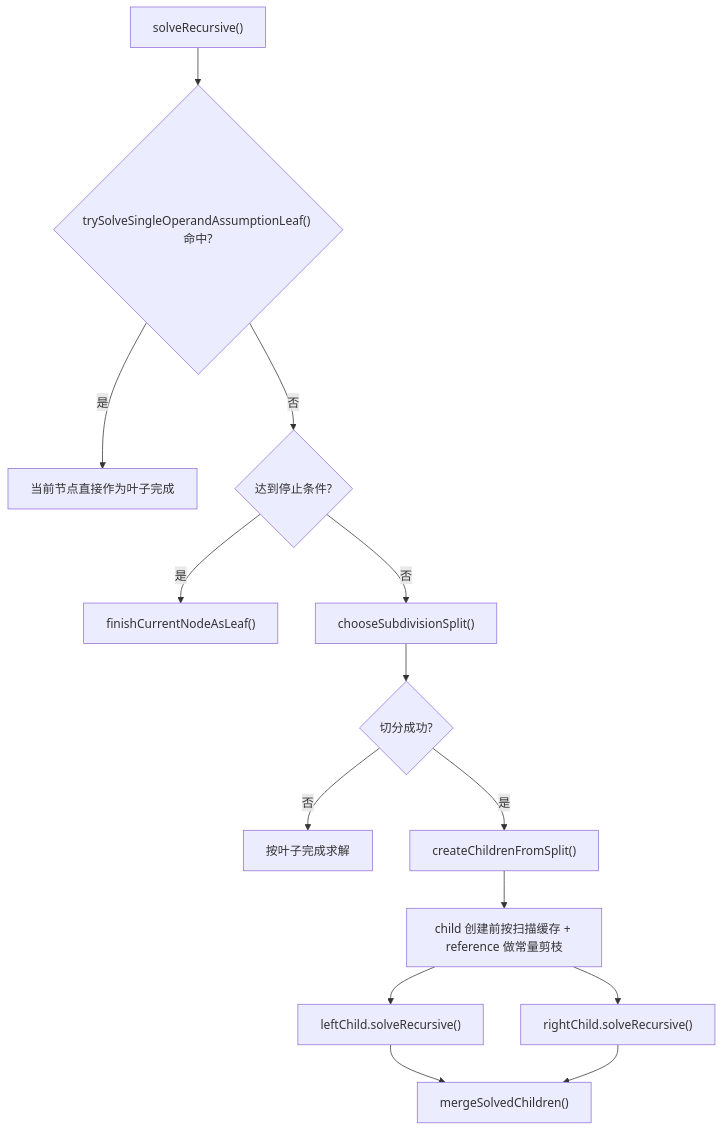
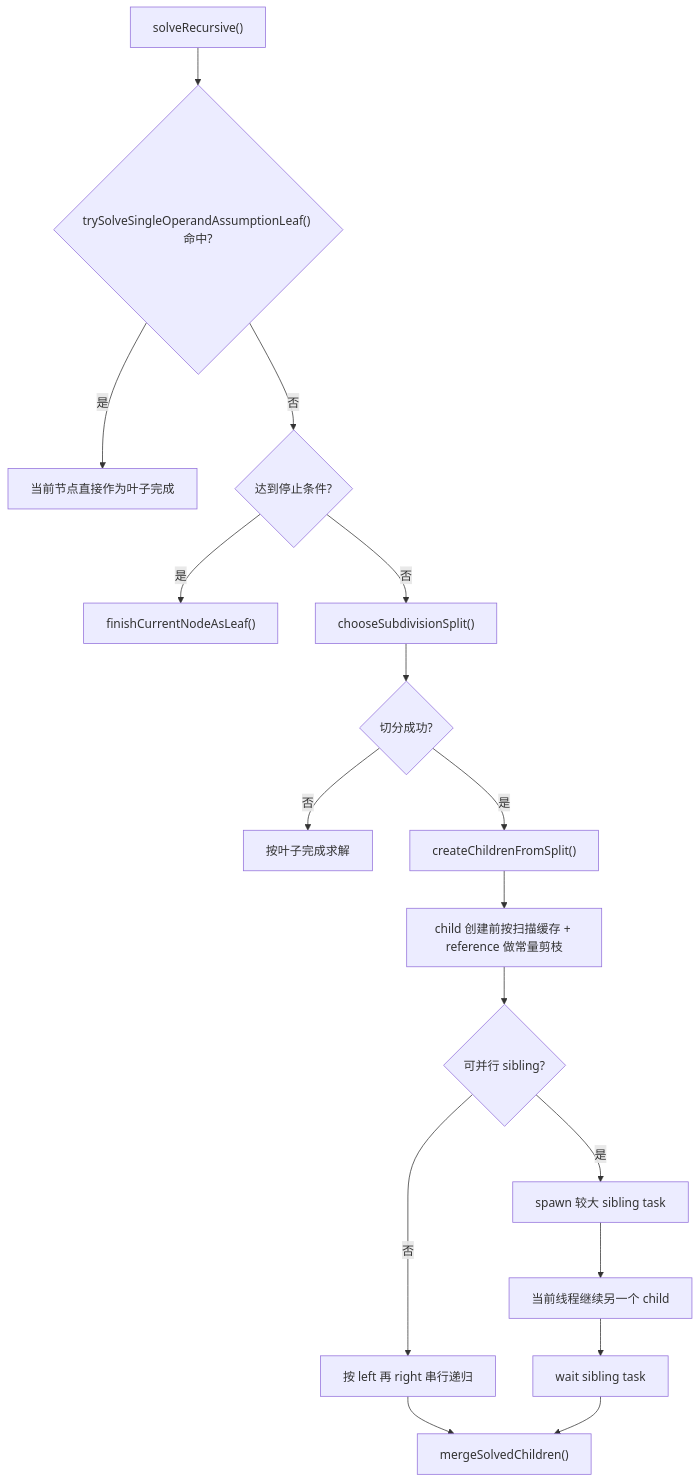
The fourth of 11 diagrams in docs/core-logic-flow.md (SDU-YueQiu/re-EMBER), drawn with Mermaid before and after one commit. The commit also changed other lines of this file and 10 other files, not shown here.

Commit message:
接入 oneTBB sibling-task 并行求解

````diff
--- a/docs/core-logic-flow.md
+++ b/docs/core-logic-flow.md
@@ -126,16 +131,19 @@
 ```mermaid
 flowchart TD
     A["solveRecursive()"] --> B{"trySolveSingleOperandAssumptionLeaf() 命中?"}
     B -->|是| C["当前节点直接作为叶子完成"]
     B -->|否| D{"达到停止条件?"}
     D -->|是| E["finishCurrentNodeAsLeaf()"]
     D -->|否| F["chooseSubdivisionSplit()"]
     F --> G{"切分成功?"}
     G -->|否| H["按叶子完成求解"]
     G -->|是| I["createChildrenFromSplit()"]
     I --> J["child 创建前按扫描缓存 + reference 做常量剪枝"]
-    J --> K["leftChild.solveRecursive()"]
-    J --> L["rightChild.solveRecursive()"]
-    K --> M["mergeSolvedChildren()"]
-    L --> M
+    J --> K{"可并行 sibling?"}
+    K -->|否| L["按 left 再 right 串行递归"]
+    K -->|是| M["spawn 较大 sibling task"]
+    M --> N["当前线程继续另一个 child"]
+    N --> O["wait sibling task"]
+    L --> P["mergeSolvedChildren()"]
+    O --> P["mergeSolvedChildren()"]
 ```
````
